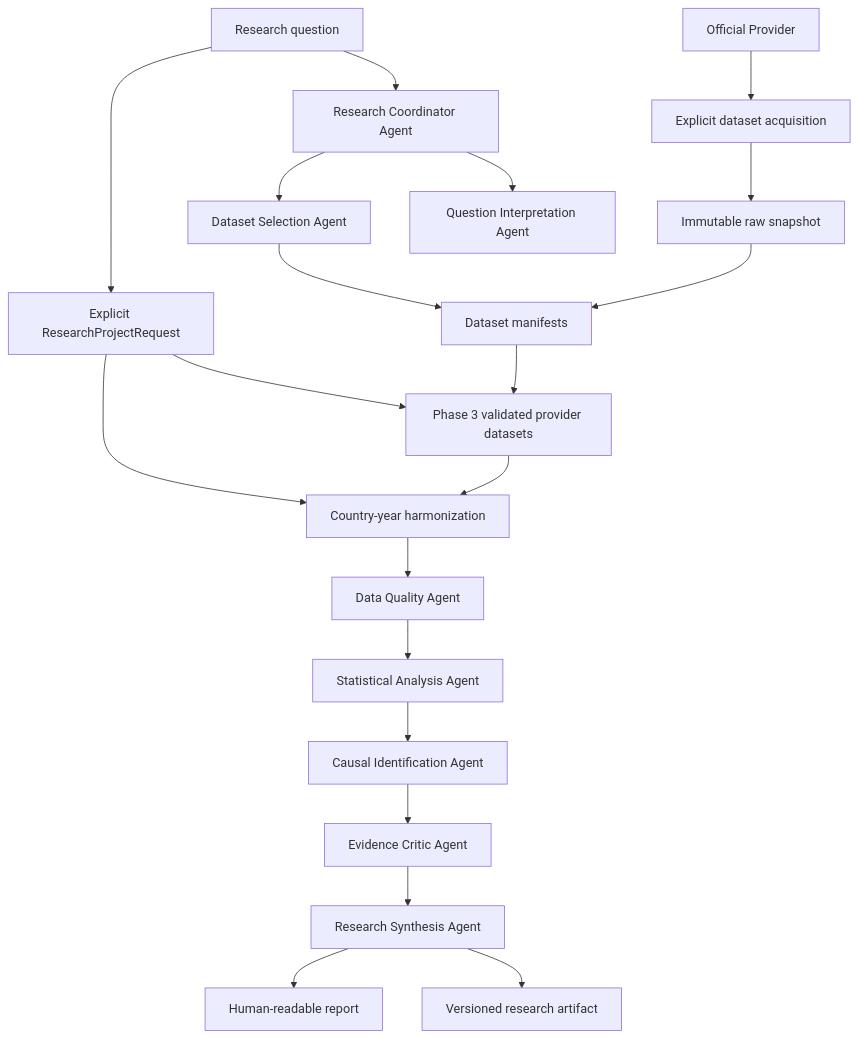
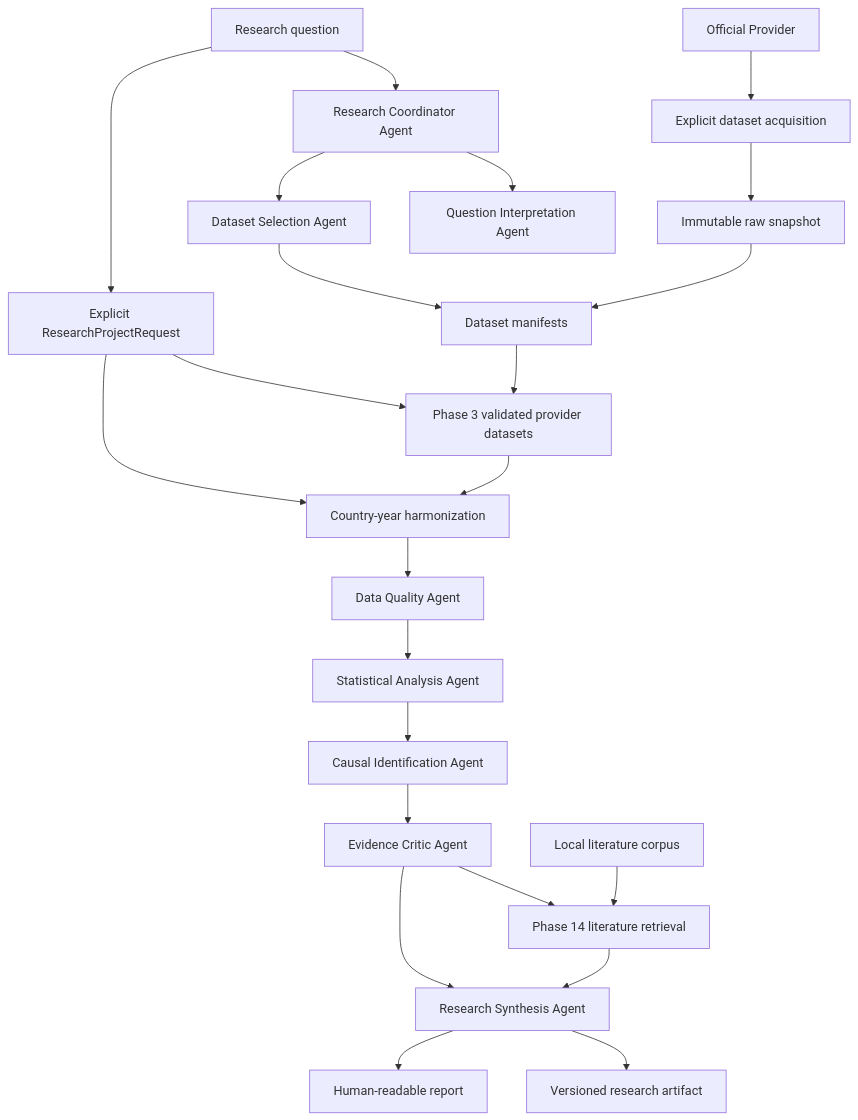
One commit to HasaanNoor/polaris changed the diagram in docs/architecture/system-overview.md. Above: the diagram before and after it, drawn with Mermaid. The commit also changed other lines of this file and 42 other files, not shown here.

Commit message:
implemented phase 14: added deterministic literature retrieval and context

````diff
--- a/docs/architecture/system-overview.md
+++ b/docs/architecture/system-overview.md
@@ -18,22 +18,25 @@
 ```mermaid
 flowchart TD
   Q[Research question] --> C[Research Coordinator Agent]
   C --> I[Question Interpretation Agent]
   C --> D[Dataset Selection Agent]
   D --> M[Dataset manifests]
   P[Official Provider] --> DL[Explicit dataset acquisition]
   DL --> R[Immutable raw snapshot]
   R --> M
   M --> ING[Phase 3 validated provider datasets]
   ING --> H[Country-year harmonization]
   Q --> P13[Explicit ResearchProjectRequest]
   P13 --> ING
   P13 --> H
   H --> QL[Data Quality Agent]
   QL --> A[Statistical Analysis Agent]
   A --> CI[Causal Identification Agent]
   CI --> EC[Evidence Critic Agent]
+  LC[Local literature corpus] --> LR[Phase 14 literature retrieval]
+  EC --> LR
+  LR --> S
   EC --> S[Research Synthesis Agent]
   S --> ART[Versioned research artifact]
   S --> REP[Human-readable report]
 ```
````
